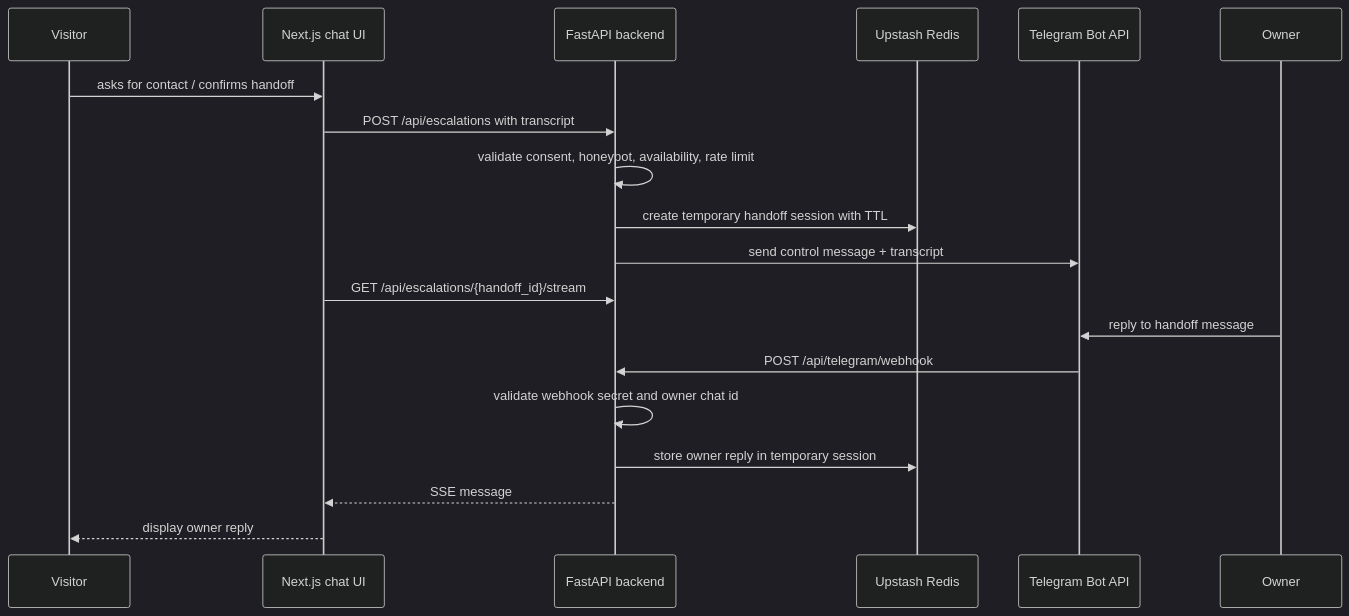
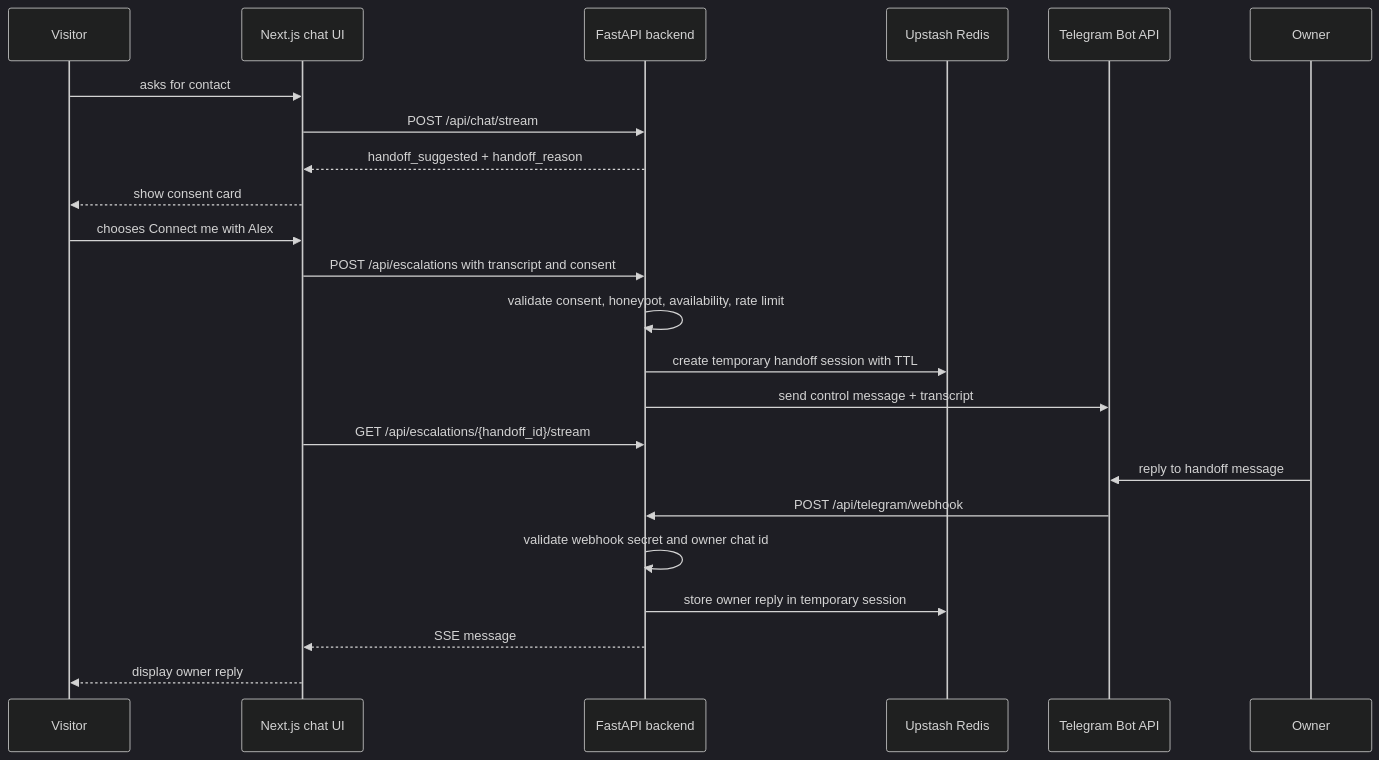
One commit to AlexTymosh/alextym.com changed the second of 2 diagrams in docs/architecture.md. Above: the diagram before and after it, drawn with Mermaid (dark theme). The commit also changed other lines of this file and 13 other files, not shown here.

First line of the commit message:
🛠️ fix(chat-ui): make handoff suggestions explicit

````diff
--- a/docs/architecture.md
+++ b/docs/architecture.md
@@ -352,22 +354,26 @@
 ```mermaid
 sequenceDiagram
     participant V as Visitor
     participant UI as Next.js chat UI
     participant API as FastAPI backend
     participant R as Upstash Redis
     participant TG as Telegram Bot API
     participant O as Owner
 
-    V->>UI: asks for contact / confirms handoff
-    UI->>API: POST /api/escalations with transcript
+    V->>UI: asks for contact
+    UI->>API: POST /api/chat/stream
+    API-->>UI: handoff_suggested + handoff_reason
+    UI-->>V: show consent card
+    V->>UI: chooses Connect me with Alex
+    UI->>API: POST /api/escalations with transcript and consent
     API->>API: validate consent, honeypot, availability, rate limit
     API->>R: create temporary handoff session with TTL
     API->>TG: send control message + transcript
     UI->>API: GET /api/escalations/{handoff_id}/stream
     O->>TG: reply to handoff message
     TG->>API: POST /api/telegram/webhook
     API->>API: validate webhook secret and owner chat id
     API->>R: store owner reply in temporary session
     API-->>UI: SSE message
     UI-->>V: display owner reply
 ```
````
